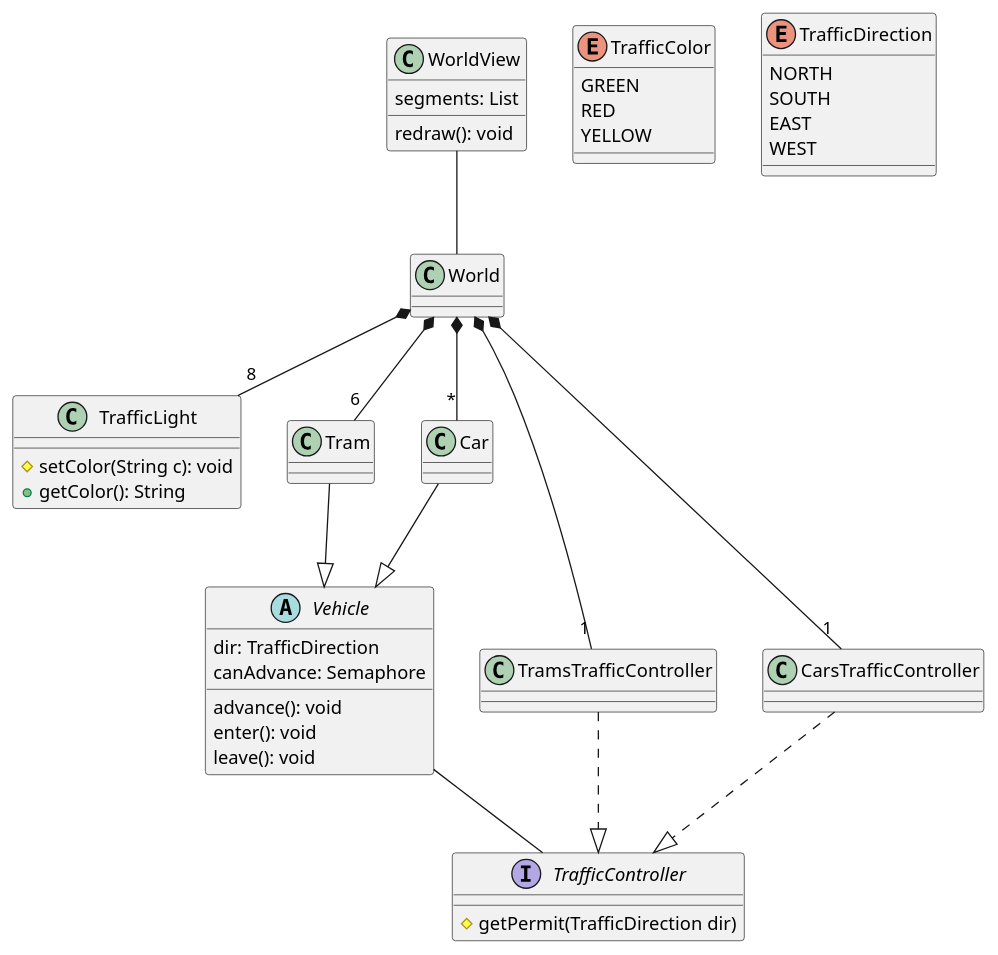
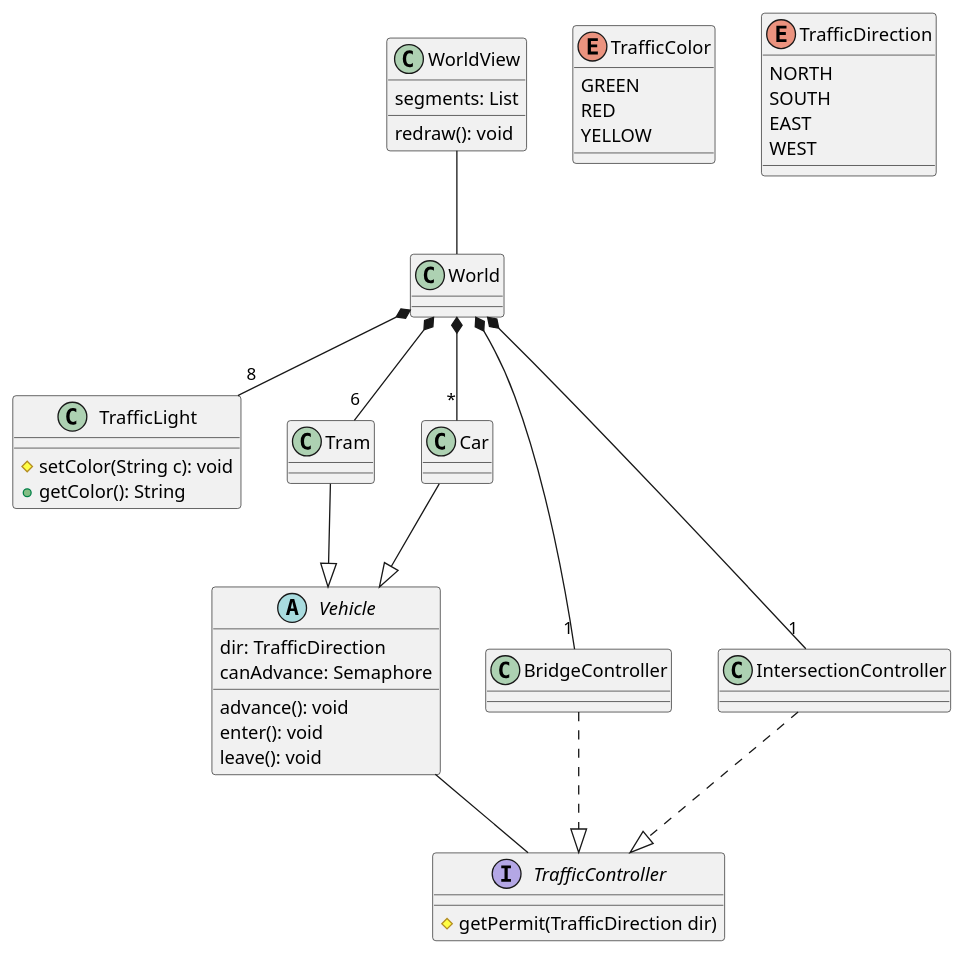
One commit to wanisramdani/tramway changed the diagram in tramway.puml. Above: the diagram before and after it, drawn with PlantUML. The commit also changed 2 other files, not shown here.

Commit message:
README: Update traffic control algorithms

```diff
--- a/tramway.puml
+++ b/tramway.puml
@@ -1,59 +1,59 @@
 @startuml tramway
 
 class WorldView {
   segments: List
   
   redraw(): void
 }
 WorldView -- World
 
 class World {}
 World *-- "8" TrafficLight
 World *-- "6" Tram
 World *-- "*" Car
-World *-- "1" TramsTrafficController
-World *-- "1" CarsTrafficController
+World *-- "1" BridgeController
+World *-- "1" IntersectionController
 
 abstract class Vehicle {
   dir: TrafficDirection
   canAdvance: Semaphore
 
   advance(): void
   enter(): void
   leave(): void
 }
 class Tram {}
 class Car {}
 Tram --|> Vehicle
 Car --|> Vehicle
 Vehicle -- TrafficController
 
 interface TrafficController {
   # getPermit(TrafficDirection dir)
 }
 
-class TramsTrafficController {}
-TramsTrafficController ..|> TrafficController
+class BridgeController {}
+BridgeController ..|> TrafficController
 
-class CarsTrafficController {}
-CarsTrafficController ..|> TrafficController
+class IntersectionController {}
+IntersectionController ..|> TrafficController
 
 class TrafficLight {
   # setColor(String c): void
   + getColor(): String
 }
 
 enum TrafficColor {
   GREEN
   RED
   YELLOW
 }
 
 enum TrafficDirection {
   NORTH
   SOUTH
   EAST
   WEST
 }
 
 @enduml
```
